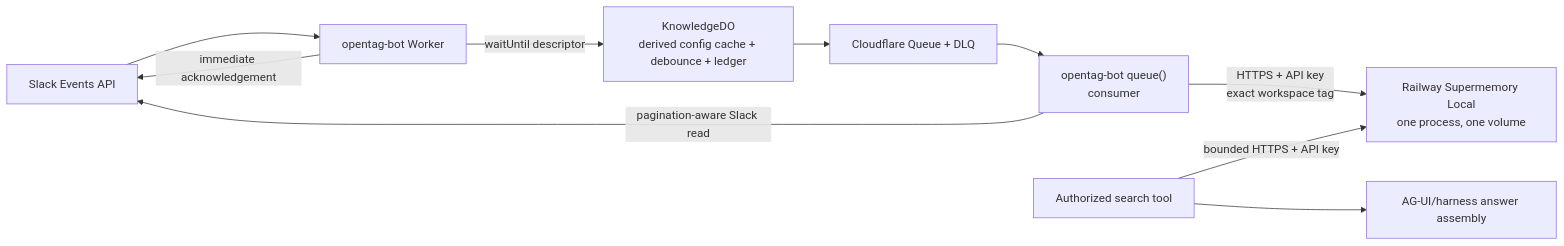
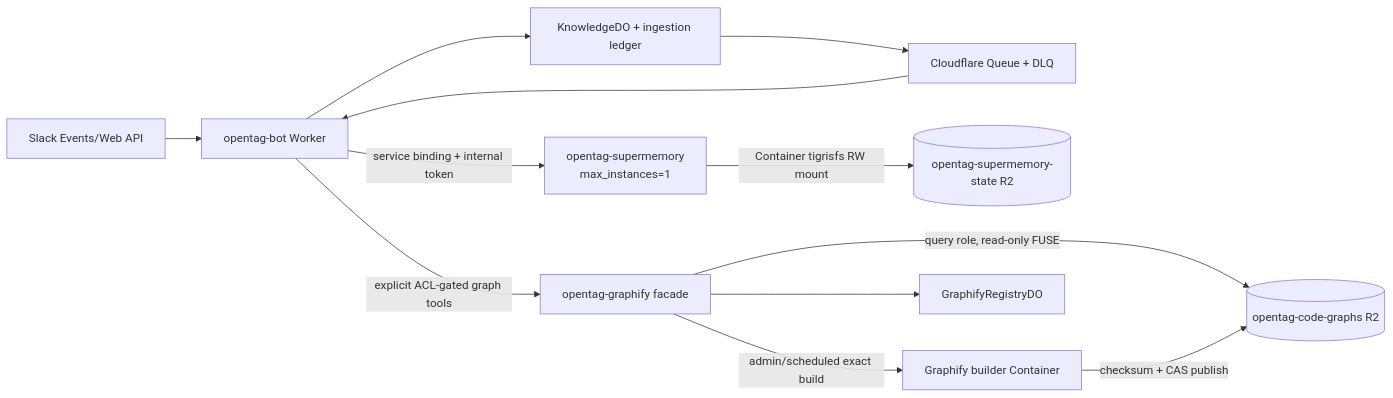
The diagram in KNOWLEDGE-BASE-SPEC.md (wcordelo/opentag), drawn with Mermaid before and after one commit. The commit also changed other lines of this file and 239 other files, not shown here.

````diff
--- a/KNOWLEDGE-BASE-SPEC.md
+++ b/KNOWLEDGE-BASE-SPEC.md
@@ -55,12 +111,14 @@
 ```mermaid
 flowchart LR
-  S["Slack Events API"] --> B["opentag-bot Worker"]
-  B -->|"immediate acknowledgement"| S
-  B -->|"waitUntil descriptor"| K["KnowledgeDO\nderived config cache + debounce + ledger"]
+  S["Slack Events/Web API"] --> B["opentag-bot Worker"]
+  B --> K["KnowledgeDO + ingestion ledger"]
   K --> Q["Cloudflare Queue + DLQ"]
-  Q --> C["opentag-bot queue()\nconsumer"]
-  C -->|"pagination-aware Slack read"| S
-  C -->|"HTTPS + API key\nexact workspace tag"| M["Railway Supermemory Local\none process, one volume"]
-  T["Authorized search tool"] -->|"bounded HTTPS + API key"| M
-  T --> A["AG-UI/harness answer assembly"]
+  Q --> B
+  B -->|"service binding + internal token"| M["opentag-supermemory\nmax_instances=1"]
+  M -->|"Container tigrisfs RW mount"| MR2[("opentag-supermemory-state R2")]
+  B -->|"explicit ACL-gated graph tools"| G["opentag-graphify facade"]
+  G -->|"query role, read-only FUSE"| GR2[("opentag-code-graphs R2")]
+  G -->|"admin/scheduled exact build"| C["Graphify builder Container"]
+  C -->|"checksum + CAS publish"| GR2
+  G --> P["GraphifyRegistryDO"]
 ```
````
